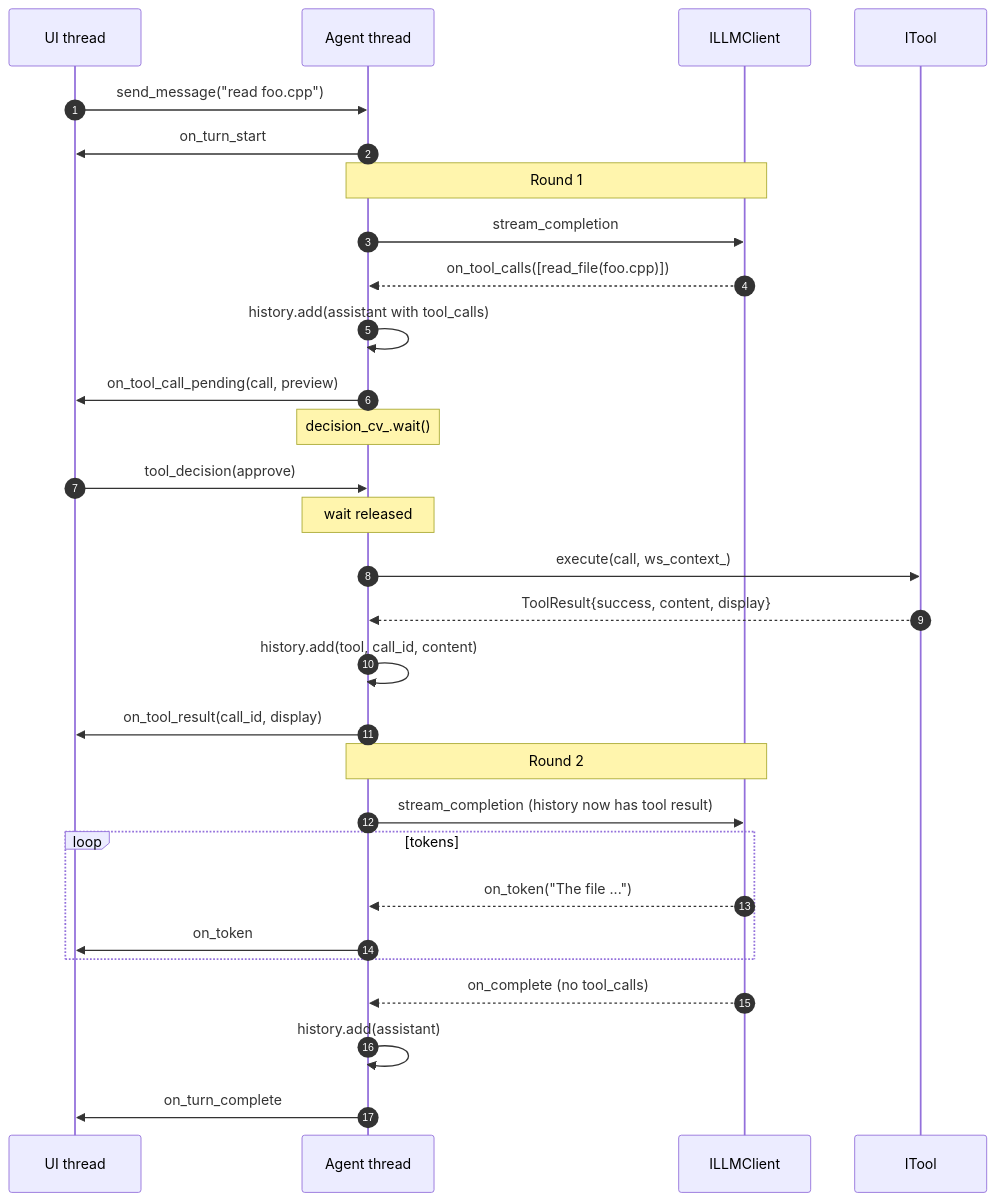
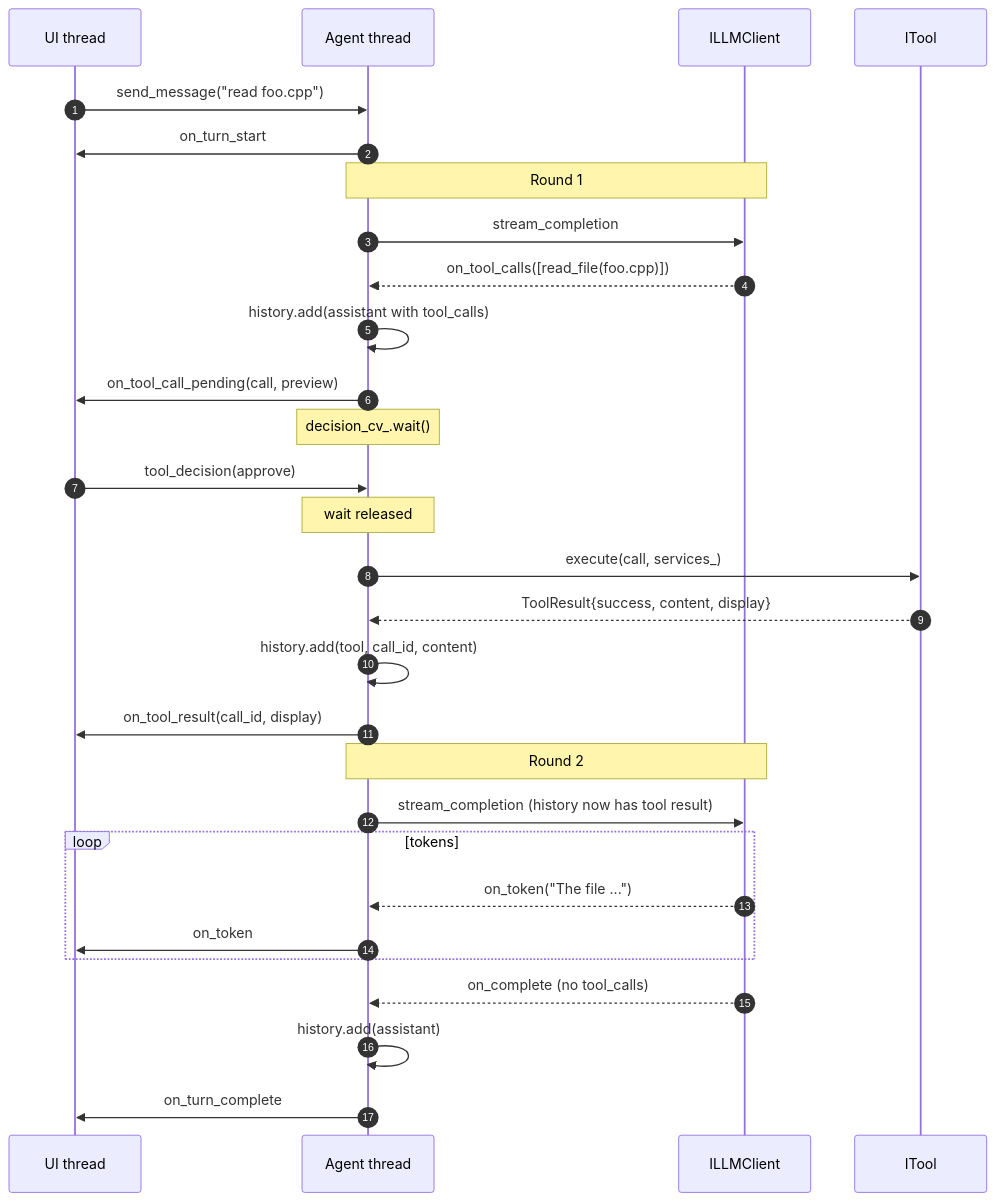
The second of 4 diagrams in architecture/agent-loop.md (Serhiy-Todchuk/Locus), drawn with Mermaid before and after one commit. The commit also changed other lines of this file and 8 other files, not shown here.

````diff
--- a/architecture/agent-loop.md
+++ b/architecture/agent-loop.md
@@ -207,36 +221,36 @@
 ```mermaid
 sequenceDiagram
     autonumber
     participant UI as UI thread
     participant AG as Agent thread
     participant LLM as ILLMClient
     participant T as ITool
 
     UI->>AG: send_message("read foo.cpp")
     AG->>UI: on_turn_start
 
     Note over AG,LLM: Round 1
     AG->>LLM: stream_completion
     LLM-->>AG: on_tool_calls([read_file(foo.cpp)])
     AG->>AG: history.add(assistant with tool_calls)
 
     AG->>UI: on_tool_call_pending(call, preview)
     Note over AG: decision_cv_.wait()
     UI->>AG: tool_decision(approve)
     Note over AG: wait released
 
-    AG->>T: execute(call, ws_context_)
+    AG->>T: execute(call, services_)
     T-->>AG: ToolResult{success, content, display}
     AG->>AG: history.add(tool, call_id, content)
     AG->>UI: on_tool_result(call_id, display)
 
     Note over AG,LLM: Round 2
     AG->>LLM: stream_completion (history now has tool result)
     loop tokens
         LLM-->>AG: on_token("The file ...")
         AG->>UI: on_token
     end
     LLM-->>AG: on_complete (no tool_calls)
     AG->>AG: history.add(assistant)
     AG->>UI: on_turn_complete
 ```
````
